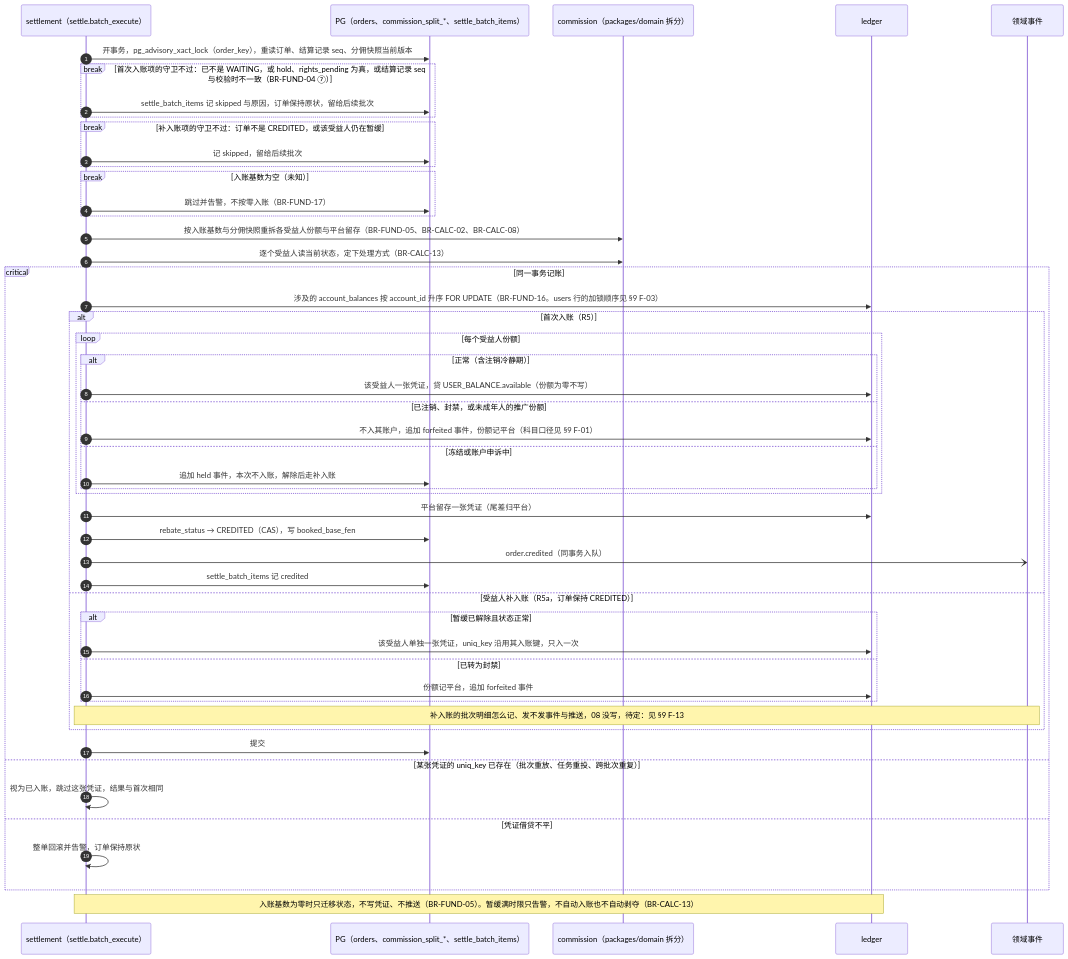
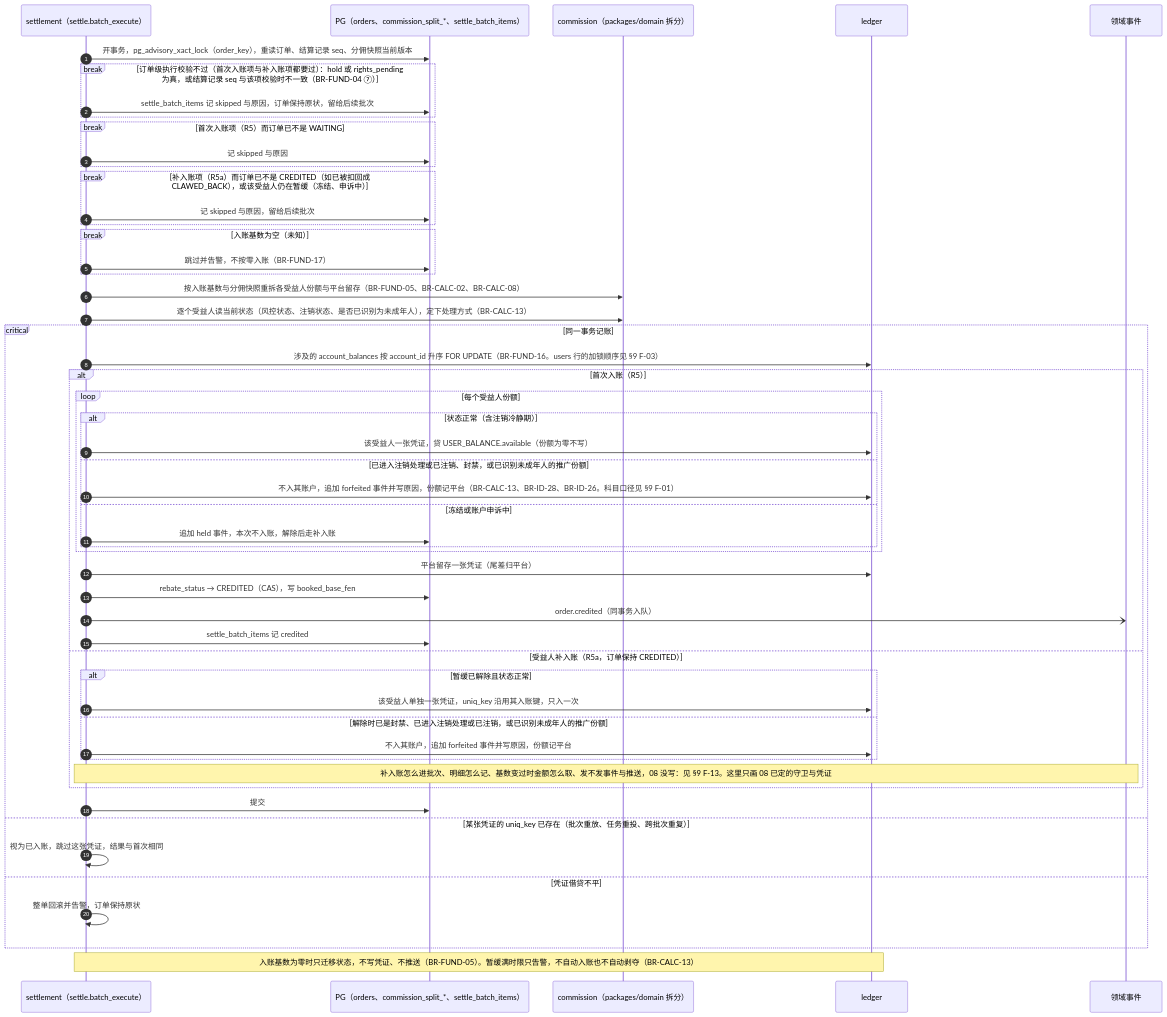
Diagram 18 of 41 in 规划/12_关键流程与状态图.md (zora4523-bot/couli), drawn with Mermaid before and after one commit. The commit also changed other lines of this file, not shown here.

Commit message:
docs(12): section 4.4, the beneficiary top-up passes the order-level execution checks (Codex round 2 B02, B04)
- First-credit and top-up (R5a) items share one guard taken under the
  order lock: hold, rights_pending and the settlement seq (BR-FUND-04 (7));
  then WAITING or CREDITED is checked per item type. A top-up no longer
  pays out just because the hold was released.
- Beneficiary states are spelled out for both item types: deletion in
  processing or done, banned, and a recognised minor's promotion share go
  to the platform; frozen or appealing stays held.
- Section 9 F-13 extended: top-up amount when the booked base changed, and
  the BR-FUND-19 (5) equation while a share is held.

````diff
--- a/规划/12_关键流程与状态图.md
+++ b/规划/12_关键流程与状态图.md
@@ -1258,53 +1258,56 @@
 ```mermaid
 sequenceDiagram
   autonumber
   participant T as settlement（settle.batch_execute）
   participant DB as PG（orders、commission_split_*、settle_batch_items）
   participant M as commission（packages/domain 拆分）
   participant L as ledger
   participant EV as 领域事件
 
   T->>DB: 开事务，pg_advisory_xact_lock（order_key），重读订单、结算记录 seq、分佣快照当前版本
-  break 首次入账项的守卫不过：已不是 WAITING，或 hold、rights_pending 为真，或结算记录 seq 与校验时不一致（BR-FUND-04 ⑦）
+  break 订单级执行校验不过（首次入账项与补入账项都要过）：hold 或 rights_pending 为真，或结算记录 seq 与该项校验时不一致（BR-FUND-04 ⑦）
     T->>DB: settle_batch_items 记 skipped 与原因，订单保持原状，留给后续批次
   end
-  break 补入账项的守卫不过：订单不是 CREDITED，或该受益人仍在暂缓
-    T->>DB: 记 skipped，留给后续批次
+  break 首次入账项（R5）而订单已不是 WAITING
+    T->>DB: 记 skipped 与原因
+  end
+  break 补入账项（R5a）而订单已不是 CREDITED（如已被扣回成 CLAWED_BACK），或该受益人仍在暂缓（冻结、申诉中）
+    T->>DB: 记 skipped 与原因，留给后续批次
   end
   break 入账基数为空（未知）
     T->>DB: 跳过并告警，不按零入账（BR-FUND-17）
   end
   T->>M: 按入账基数与分佣快照重拆各受益人份额与平台留存（BR-FUND-05、BR-CALC-02、BR-CALC-08）
-  T->>M: 逐个受益人读当前状态，定下处理方式（BR-CALC-13）
+  T->>M: 逐个受益人读当前状态（风控状态、注销状态、是否已识别为未成年人），定下处理方式（BR-CALC-13）
   critical 同一事务记账
     T->>L: 涉及的 account_balances 按 account_id 升序 FOR UPDATE（BR-FUND-16。users 行的加锁顺序见 §9 F-03）
     alt 首次入账（R5）
       loop 每个受益人份额
-        alt 正常（含注销冷静期）
+        alt 状态正常（含注销冷静期）
           T->>L: 该受益人一张凭证，贷 USER_BALANCE.available（份额为零不写）
-        else 已注销、封禁，或未成年人的推广份额
-          T->>L: 不入其账户，追加 forfeited 事件，份额记平台（科目口径见 §9 F-01）
+        else 已进入注销处理或已注销、封禁，或已识别未成年人的推广份额
+          T->>L: 不入其账户，追加 forfeited 事件并写原因，份额记平台（BR-CALC-13、BR-ID-28、BR-ID-26。科目口径见 §9 F-01）
         else 冻结或账户申诉中
           T->>DB: 追加 held 事件，本次不入账，解除后走补入账
         end
       end
       T->>L: 平台留存一张凭证（尾差归平台）
       T->>DB: rebate_status → CREDITED（CAS），写 booked_base_fen
       T-)EV: order.credited（同事务入队）
       T->>DB: settle_batch_items 记 credited
     else 受益人补入账（R5a，订单保持 CREDITED）
       alt 暂缓已解除且状态正常
         T->>L: 该受益人单独一张凭证，uniq_key 沿用其入账键，只入一次
-      else 已转为封禁
-        T->>L: 份额记平台，追加 forfeited 事件
+      else 解除时已是封禁、已进入注销处理或已注销，或已识别未成年人的推广份额
+        T->>L: 不入其账户，追加 forfeited 事件并写原因，份额记平台
       end
-      Note over T,EV: 补入账的批次明细怎么记、发不发事件与推送，08 没写，待定：见 §9 F-13
+      Note over T,EV: 补入账怎么进批次、明细怎么记、基数变过时金额怎么取、发不发事件与推送，08 没写：见 §9 F-13。这里只画 08 已定的守卫与凭证
     end
     T->>DB: 提交
   option 某张凭证的 uniq_key 已存在（批次重放、任务重投、跨批次重复）
     T->>T: 视为已入账，跳过这张凭证，结果与首次相同
   option 凭证借贷不平
     T->>T: 整单回滚并告警，订单保持原状
   end
   Note over T,L: 入账基数为零时只迁移状态，不写凭证、不推送（BR-FUND-05）。暂缓满时限只告警，不自动入账也不自动剥夺（BR-CALC-13）
 ```
````
